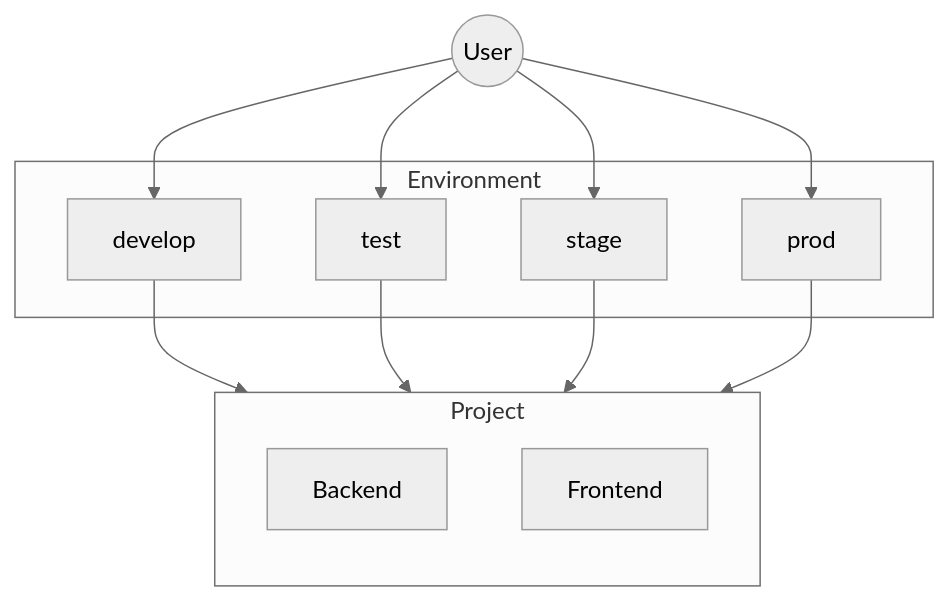
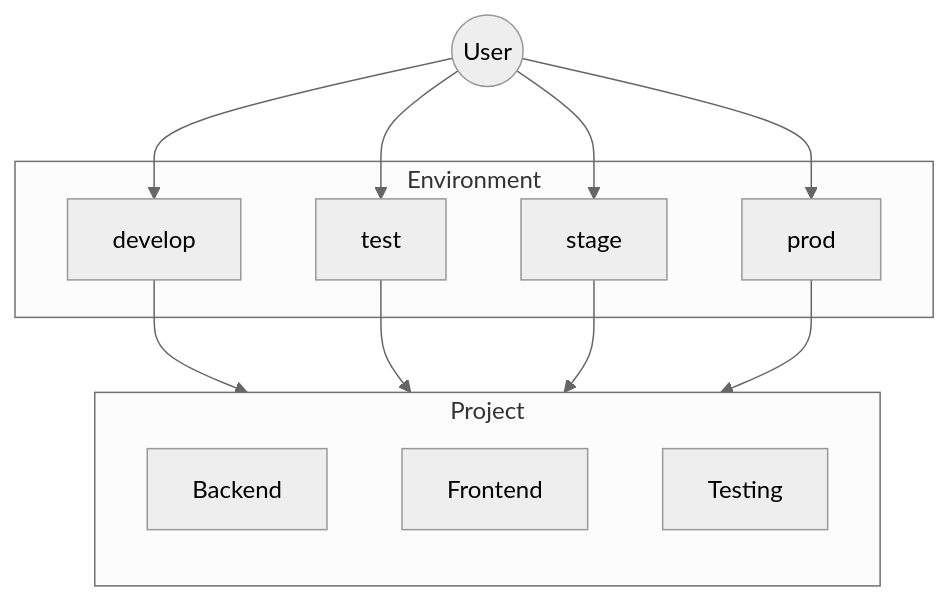
The fourth of 5 diagrams in Readme.md (OfficialApurvChatur/POC02), drawn with Mermaid (neutral theme) before and after one commit. The commit also changed 7 other files, not shown here.

````diff
--- a/Readme.md
+++ b/Readme.md
@@ -67,24 +67,25 @@
 ```mermaid
   flowchart
     User(("User"))
     subgraph Environment["Environment"]
       develop["develop"]
       test["test"]
       stage["stage"]
       prod["prod"]
     end
     subgraph Project["Project"]
       direction TB
       Backend["Backend"]
       Frontend["Frontend"]
+      Testing["Testing"]
     end
 
     User --> develop
       develop --> Project
     User --> test
       test --> Project
     User --> stage
       stage --> Project
     User --> prod
       prod --> Project
 ```
````
